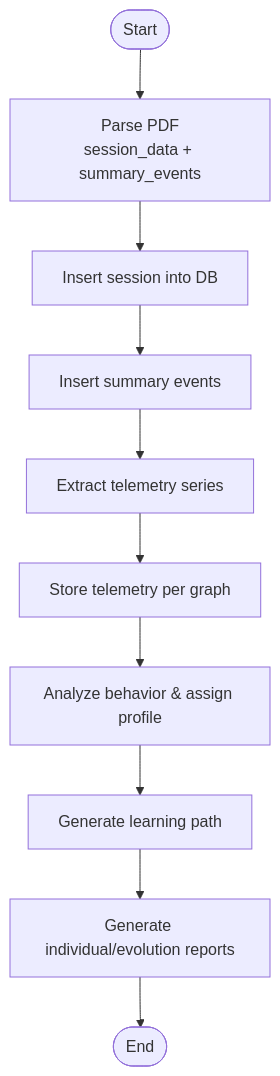
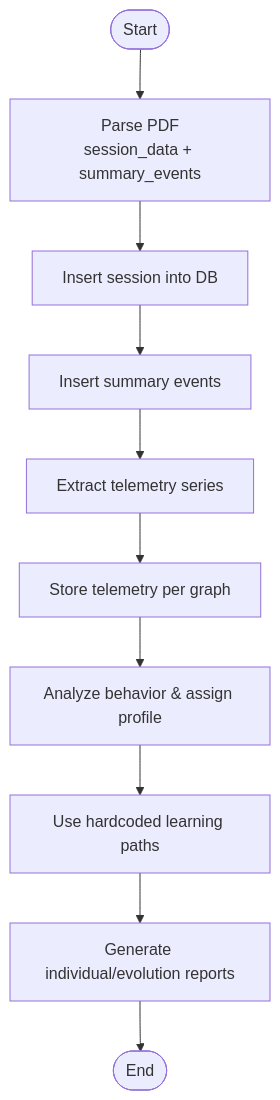
Before and after one commit to AgusCatra/Proyecto-titan.v2: the third of 9 diagrams in .qoder/repowiki/en/content/Core Processing Engine/Training Management.md, drawn with Mermaid. The commit also changed other lines of this file and 36 other files, not shown here.

````diff
--- a/.qoder/repowiki/en/content/Core Processing Engine/Training Management.md
+++ b/.qoder/repowiki/en/content/Core Processing Engine/Training Management.md
@@ -135,12 +156,12 @@
 ```mermaid
 flowchart TD
 Start(["Start"]) --> Parse["Parse PDF<br/>session_data + summary_events"]
 Parse --> StoreSession["Insert session into DB"]
 StoreSession --> StoreEvents["Insert summary events"]
 StoreEvents --> ExtractTelemetry["Extract telemetry series"]
 ExtractTelemetry --> StoreTelemetry["Store telemetry per graph"]
 StoreTelemetry --> Analyze["Analyze behavior & assign profile"]
-Analyze --> Recommend["Generate learning path"]
+Analyze --> Recommend["Use hardcoded learning paths"]
 Recommend --> Report["Generate individual/evolution reports"]
 Report --> End(["End"])
 ```
````
